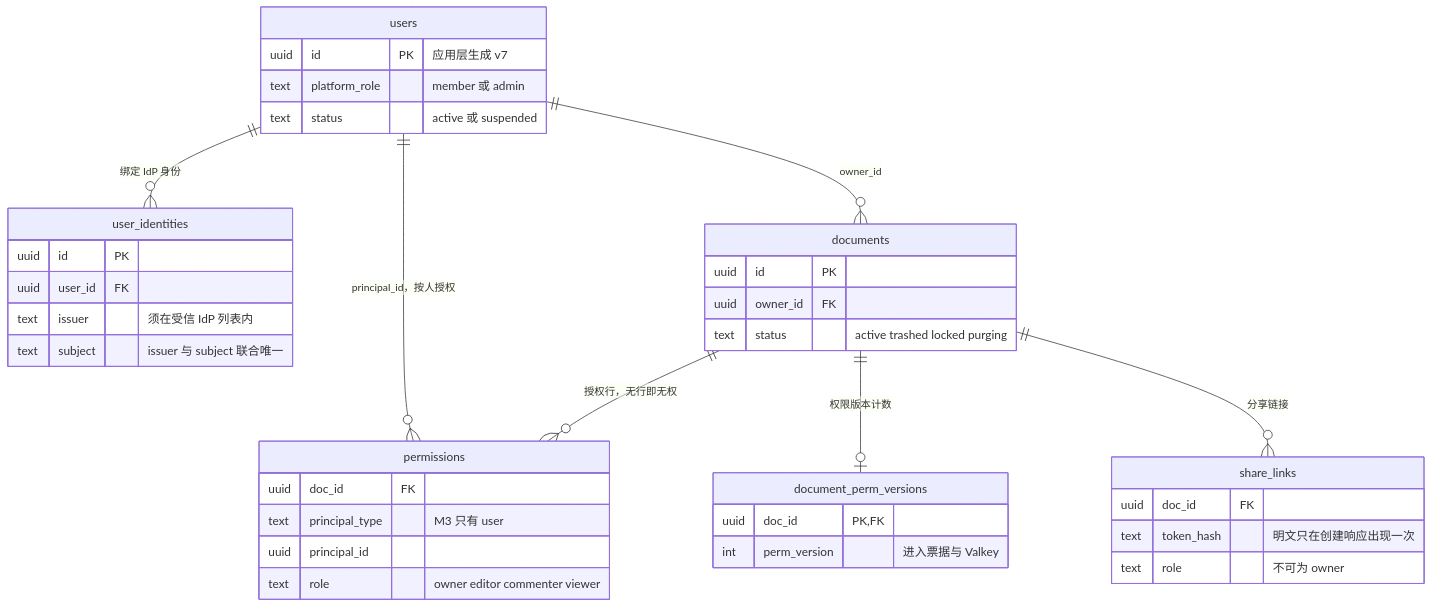
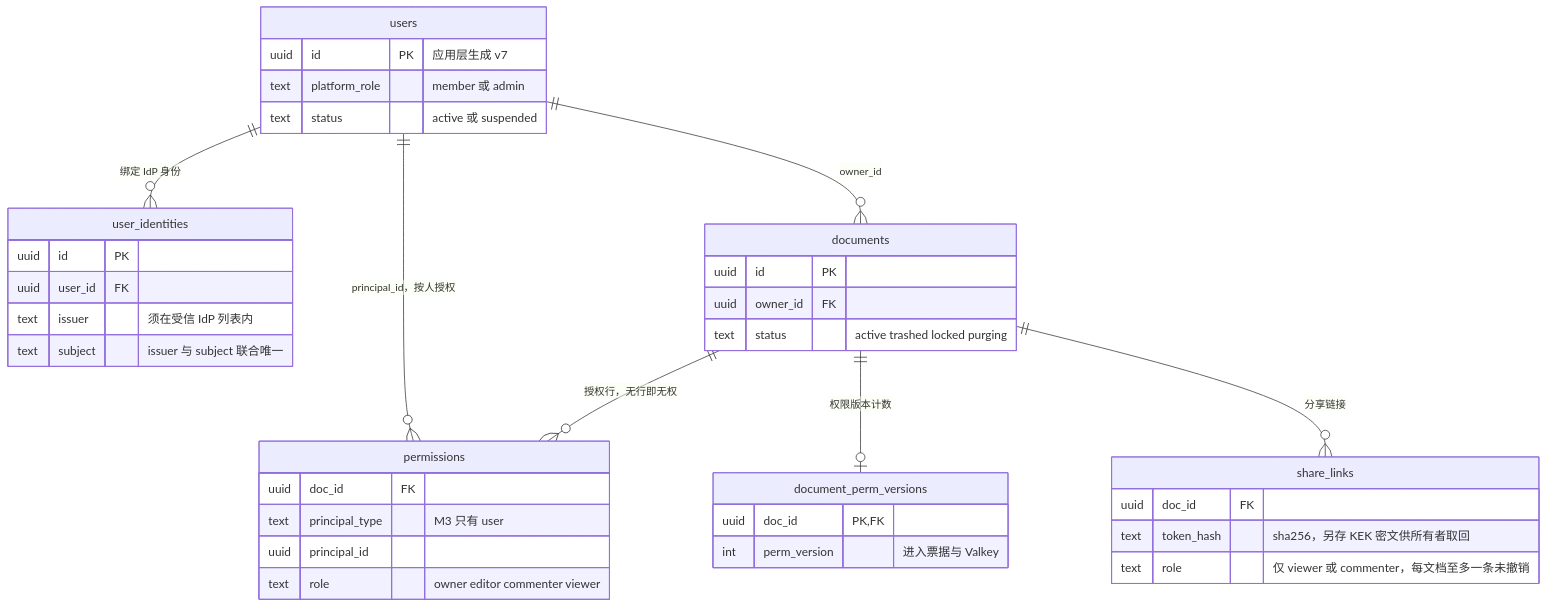
Diagram 15 of 46 in docs/40-modules/19-atlas-backend-and-data.md (Xeonice/cordis-ppt-editor), drawn with Mermaid before and after one commit. The commit also changed other lines of this file and 43 other files, not shown here.

````diff
--- a/docs/40-modules/19-atlas-backend-and-data.md
+++ b/docs/40-modules/19-atlas-backend-and-data.md
@@ -609,40 +609,40 @@
 ```mermaid
 erDiagram
   users ||--o{ user_identities : "绑定 IdP 身份"
   users ||--o{ documents : "owner_id"
   users ||--o{ permissions : "principal_id，按人授权"
   documents ||--o{ permissions : "授权行，无行即无权"
   documents ||--o| document_perm_versions : "权限版本计数"
   documents ||--o{ share_links : "分享链接"
   users {
     uuid id PK "应用层生成 v7"
     text platform_role "member 或 admin"
     text status "active 或 suspended"
   }
   user_identities {
     uuid id PK
     uuid user_id FK
     text issuer "须在受信 IdP 列表内"
     text subject "issuer 与 subject 联合唯一"
   }
   documents {
     uuid id PK
     uuid owner_id FK
     text status "active trashed locked purging"
   }
   permissions {
     uuid doc_id FK
     text principal_type "M3 只有 user"
     uuid principal_id
     text role "owner editor commenter viewer"
   }
   document_perm_versions {
     uuid doc_id PK, FK
     int perm_version "进入票据与 Valkey"
   }
   share_links {
     uuid doc_id FK
-    text token_hash "明文只在创建响应出现一次"
-    text role "不可为 owner"
+    text token_hash "sha256，另存 KEK 密文供所有者取回"
+    text role "仅 viewer 或 commenter，每文档至多一条未撤销"
   }
 ```
````
